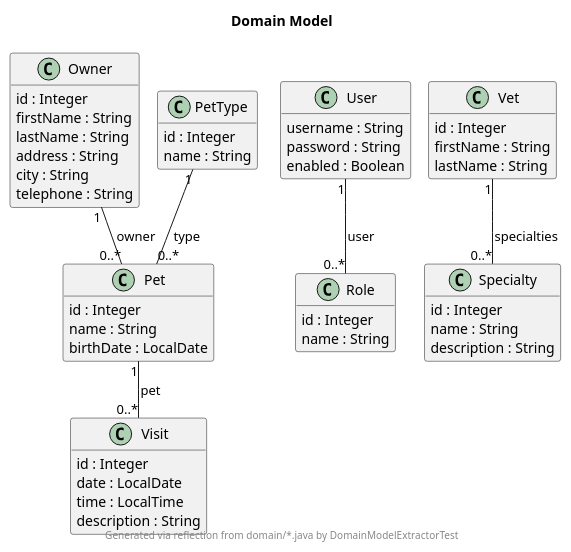
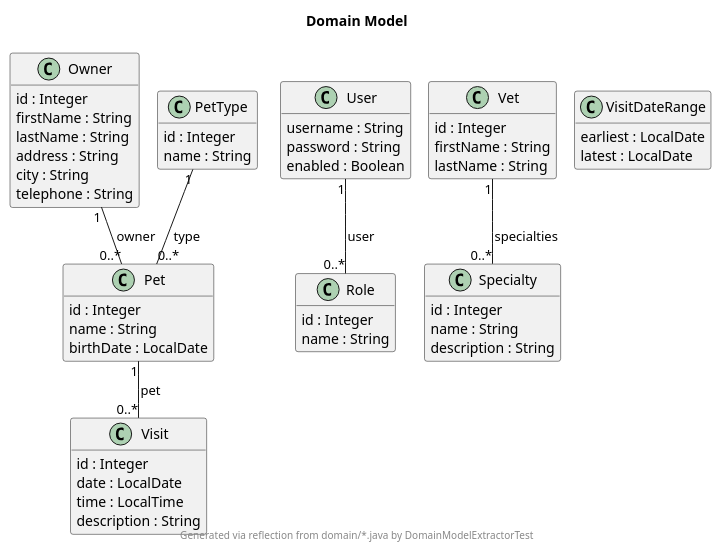
The diagram in petclinic-backend/docs/generated/DomainModel.puml (pmattiollo/petclinic), drawn with PlantUML before and after one commit.

Commit message:
docs(model): regenerate DomainModel.puml with VisitDateRange
The domain diagram is generated from the code and checked into git precisely so
that a drift check in CI fails when someone adds a domain type and forgets the
picture.

Regenerating it here, in the same push as the new record, is the point of that
setup: the living architecture stays living only if you refresh it in the commit
that changed the model, never in a "docs catch-up" commit three weeks later.

```diff
--- a/petclinic-backend/docs/generated/DomainModel.puml
+++ b/petclinic-backend/docs/generated/DomainModel.puml
@@ -1,59 +1,63 @@
 @startuml
 !pragma layout smetana
 
 title Domain Model
 footer Generated via reflection from domain/*.java by DomainModelExtractorTest
 
 hide empty members
 skinparam classAttributeIconSize 0
 
 class Owner {
   id : Integer
   firstName : String
   lastName : String
   address : String
   city : String
   telephone : String
 }
 class Pet {
   id : Integer
   name : String
   birthDate : LocalDate
 }
 class PetType {
   id : Integer
   name : String
 }
 class Role {
   id : Integer
   name : String
 }
 class Specialty {
   id : Integer
   name : String
   description : String
 }
 class User {
   username : String
   password : String
   enabled : Boolean
 }
 class Vet {
   id : Integer
   firstName : String
   lastName : String
 }
 class Visit {
   id : Integer
   date : LocalDate
   time : LocalTime
   description : String
 }
+class VisitDateRange {
+  earliest : LocalDate
+  latest : LocalDate
+}
 
 Owner "1" -- "0..*" Pet : owner
 Pet "1" -- "0..*" Visit : pet
 PetType "1" -- "0..*" Pet : type
 User "1" -- "0..*" Role : user
 Vet "1" -- "0..*" Specialty : specialties
 
 @enduml
```
